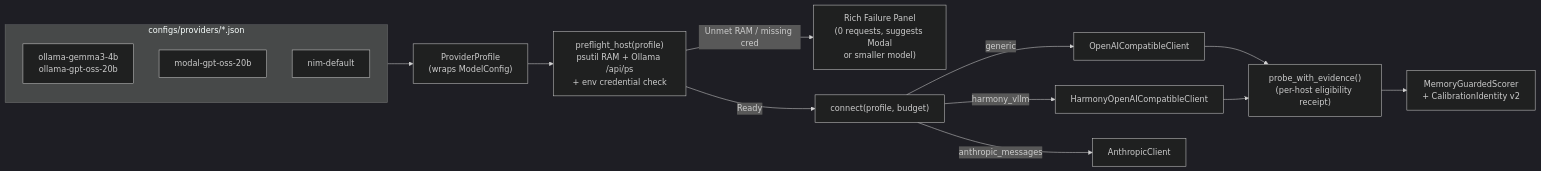
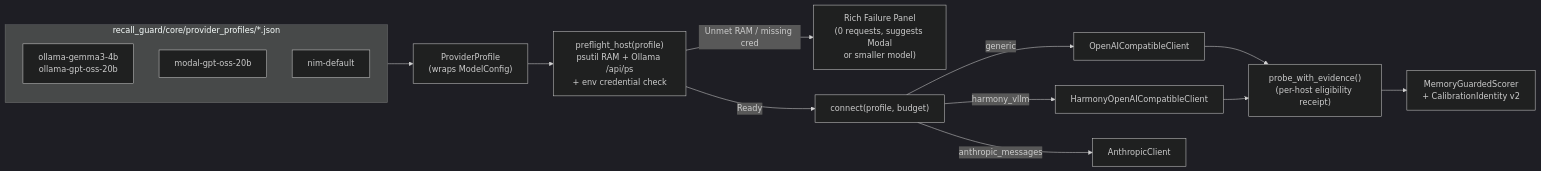
One commit to norandom/memguard_alpha changed the diagram in .kiro/specs/release-1.0/design.md. Above: the diagram before and after it, drawn with Mermaid (dark theme). The commit also changed other lines of this file and 17 other files, not shown here.

First line of the commit message:
feat(adopter): packaged provider profiles and offline adopter flow (release-1.0 M1.5a)

````diff
--- a/.kiro/specs/release-1.0/design.md
+++ b/.kiro/specs/release-1.0/design.md
@@ -90,20 +90,20 @@
 ```mermaid
 flowchart LR
-    subgraph Configs["configs/providers/*.json"]
+    subgraph Configs["recall_guard/core/provider_profiles/*.json"]
         P_O["ollama-gemma3-4b\nollama-gpt-oss-20b"]
         P_M["modal-gpt-oss-20b"]
         P_N["nim-default"]
     end
 
     Configs --> Profile["ProviderProfile\n(wraps ModelConfig)"]
     Profile --> Preflight["preflight_host(profile)\npsutil RAM + Ollama /api/ps\n+ env credential check"]
     Preflight -->|Unmet RAM / missing cred| Panel["Rich Failure Panel\n(0 requests, suggests Modal\nor smaller model)"]
     Preflight -->|Ready| Connect["connect(profile, budget)"]
 
     Connect -->|generic| OA["OpenAICompatibleClient"]
     Connect -->|harmony_vllm| HA["HarmonyOpenAICompatibleClient"]
     Connect -->|anthropic_messages| AN["AnthropicClient"]
 
     OA & HA --> Probe["probe_with_evidence()\n(per-host eligibility receipt)"]
     Probe --> Scorer["MemoryGuardedScorer\n+ CalibrationIdentity v2"]
 ```
````
